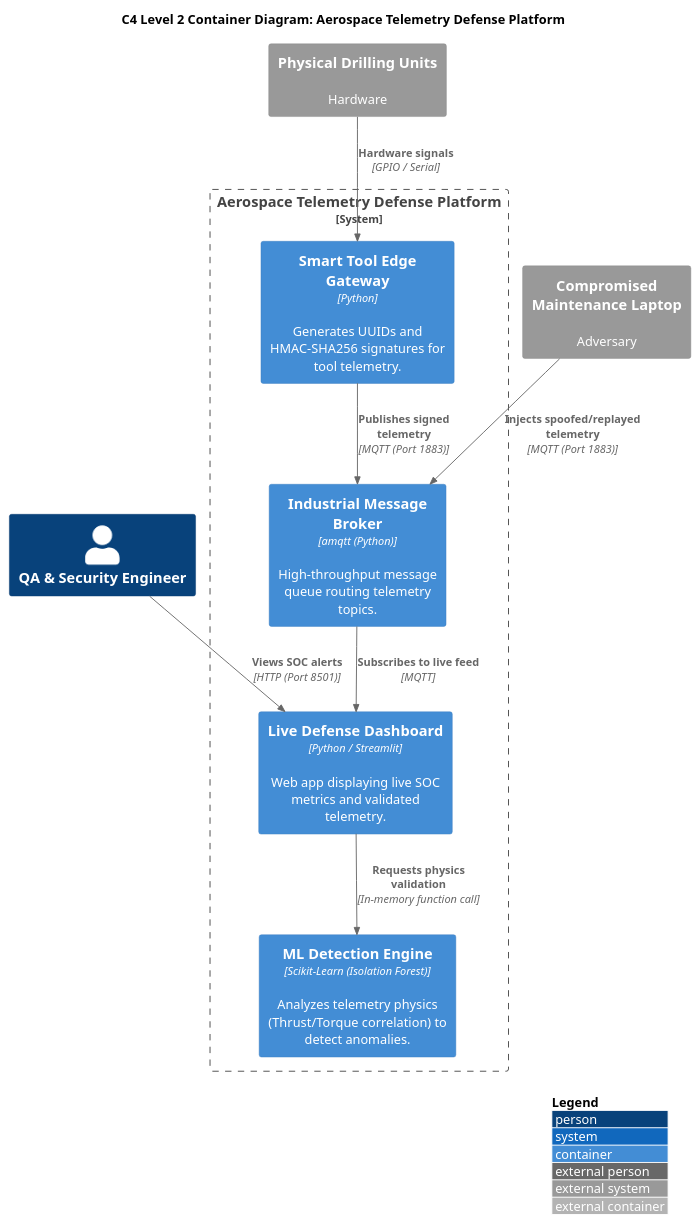
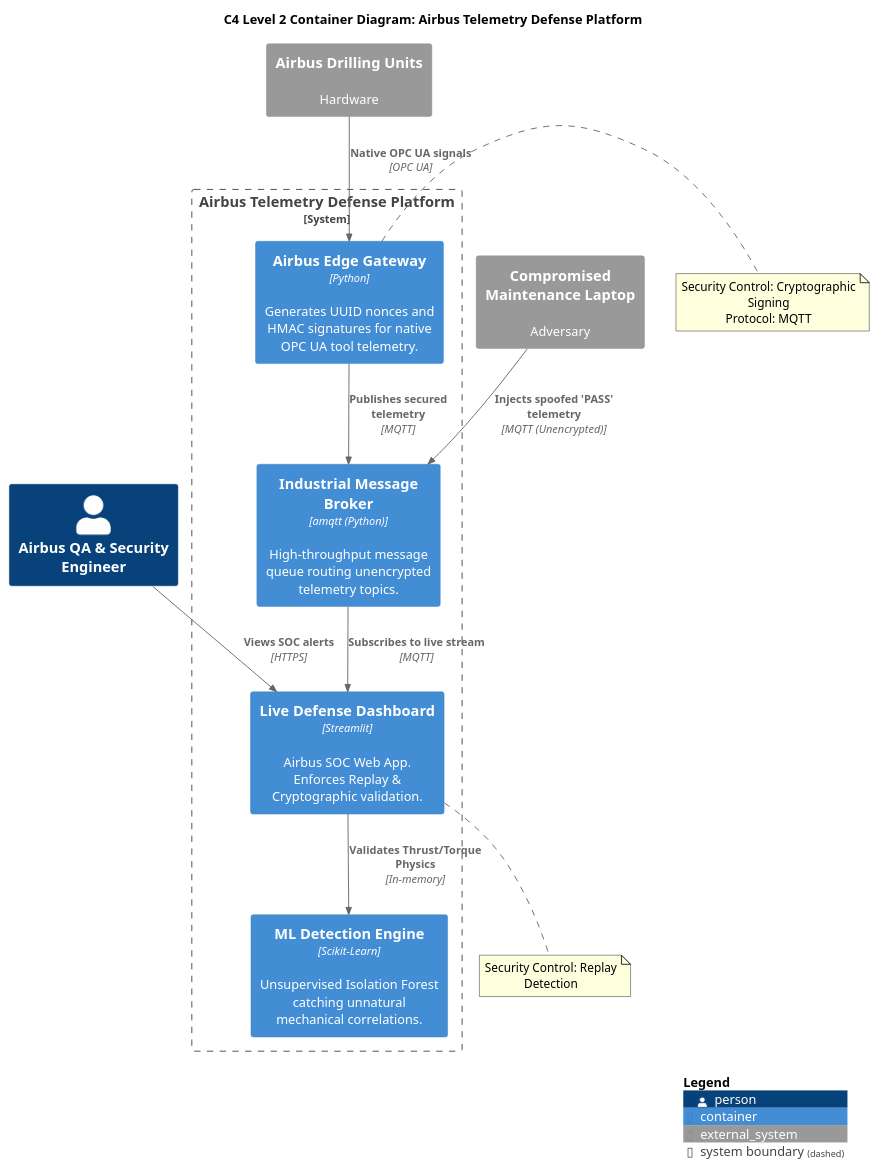
One commit to metgudV/CyberSecurity changed the diagram in diagrams/C4_Container.puml. Above: the diagram before and after it, drawn with PlantUML.

```diff
--- a/diagrams/C4_Container.puml
+++ b/diagrams/C4_Container.puml
@@ -1,25 +1,29 @@
 @startuml
 !include https://raw.githubusercontent.com/plantuml-stdlib/C4-PlantUML/master/C4_Container.puml
-LAYOUT_WITH_LEGEND()
 
-title C4 Level 2 Container Diagram: Aerospace Telemetry Defense Platform
+title C4 Level 2 Container Diagram: Airbus Telemetry Defense Platform
 
-Person(qaEngineer, "QA & Security Engineer")
+Person(qaEngineer, "Airbus QA & Security Engineer")
 
-System_Boundary(platformBoundary, "Aerospace Telemetry Defense Platform") {
-    Container(edgeGateway, "Smart Tool Edge Gateway", "Python", "Generates UUIDs and HMAC-SHA256 signatures for tool telemetry.")
-    Container(mqttBroker, "Industrial Message Broker", "amqtt (Python)", "High-throughput message queue routing telemetry topics.")
-    Container(dashboard, "Live Defense Dashboard", "Python / Streamlit", "Web app displaying live SOC metrics and validated telemetry.")
-    Container(mlEngine, "ML Detection Engine", "Scikit-Learn (Isolation Forest)", "Analyzes telemetry physics (Thrust/Torque correlation) to detect anomalies.")
+System_Boundary(platformBoundary, "Airbus Telemetry Defense Platform") {
+    Container(edgeGateway, "Airbus Edge Gateway", "Python", "Generates UUID nonces and HMAC signatures for native OPC UA tool telemetry.")
+    Container(mqttBroker, "Industrial Message Broker", "amqtt (Python)", "High-throughput message queue routing unencrypted telemetry topics.")
+    Container(dashboard, "Live Defense Dashboard", "Streamlit", "Airbus SOC Web App. Enforces Replay & Cryptographic validation.")
+    Container(mlEngine, "ML Detection Engine", "Scikit-Learn", "Unsupervised Isolation Forest catching unnatural mechanical correlations.")
 }
 
-System_Ext(smartTools, "Physical Drilling Units", "Hardware")
+System_Ext(smartTools, "Airbus Drilling Units", "Hardware")
 System_Ext(attacker, "Compromised Maintenance Laptop", "Adversary")
 
-Rel(smartTools, edgeGateway, "Hardware signals", "GPIO / Serial")
-Rel(edgeGateway, mqttBroker, "Publishes signed telemetry", "MQTT (Port 1883)")
-Rel(attacker, mqttBroker, "Injects spoofed/replayed telemetry", "MQTT (Port 1883)")
-Rel(mqttBroker, dashboard, "Subscribes to live feed", "MQTT")
-Rel(dashboard, mlEngine, "Requests physics validation", "In-memory function call")
-Rel(qaEngineer, dashboard, "Views SOC alerts", "HTTP (Port 8501)")
+Rel(smartTools, edgeGateway, "Native OPC UA signals", "OPC UA")
+Rel(edgeGateway, mqttBroker, "Publishes secured telemetry", "MQTT")
+Rel(attacker, mqttBroker, "Injects spoofed 'PASS' telemetry", "MQTT (Unencrypted)")
+Rel(mqttBroker, dashboard, "Subscribes to live stream", "MQTT")
+Rel(dashboard, mlEngine, "Validates Thrust/Torque Physics", "In-memory")
+Rel(qaEngineer, dashboard, "Views SOC alerts", "HTTPS")
+
+Note right of edgeGateway: Security Control: Cryptographic Signing\nProtocol: MQTT
+Note bottom of dashboard: Security Control: Replay Detection
+
+SHOW_LEGEND()
 @enduml
```
